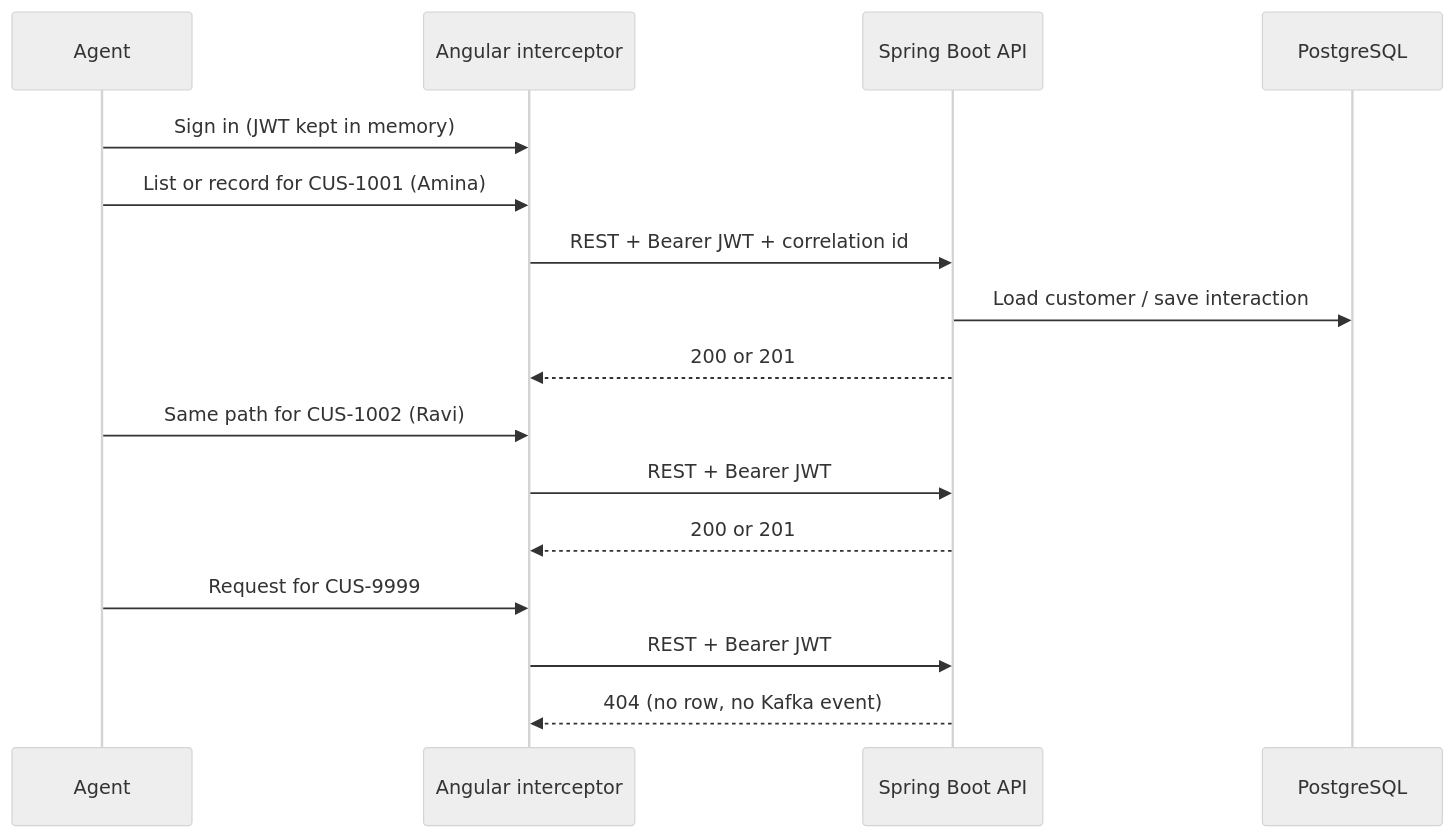
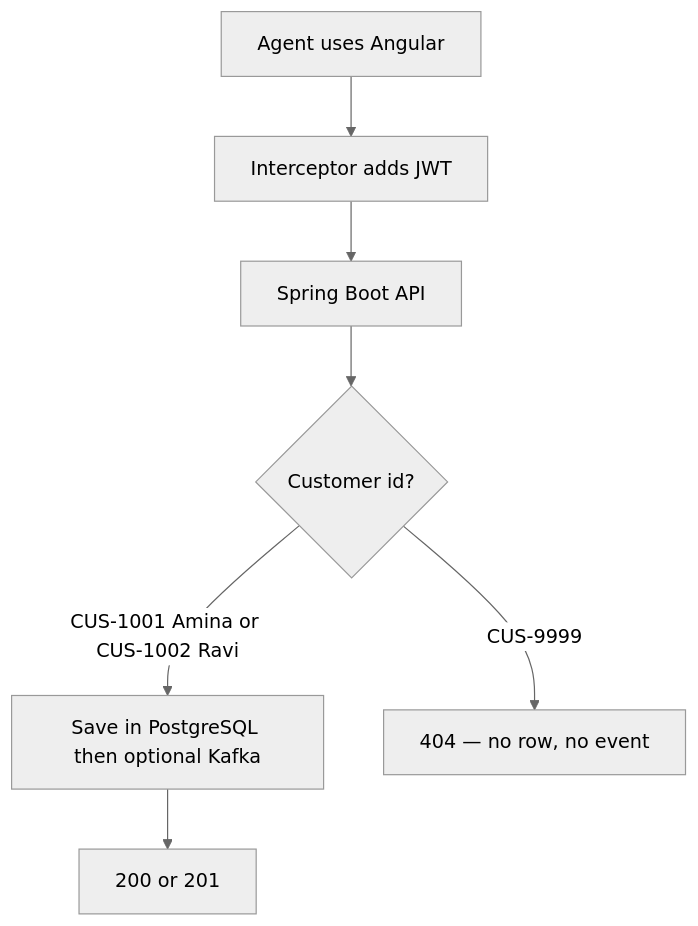
The second of 2 diagrams in docs/architecture.md (WillCraig/CapstoneProjectBoot), drawn with Mermaid (neutral theme) before and after one commit. The commit also changed other lines of this file, not shown here.

Commit message:
Simplify architecture Mermaid diagrams (#5)
Shorter app path and a single decision flowchart for JWT / CUS fixtures.

````diff
--- a/docs/architecture.md
+++ b/docs/architecture.md
@@ -48,19 +52,9 @@
 ```mermaid
-sequenceDiagram
-  participant Agent
-  participant UI as Angular interceptor
-  participant API as Spring Boot API
-  participant PG as PostgreSQL
-
-  Agent->>UI: Sign in (JWT kept in memory)
-  Agent->>UI: List or record for CUS-1001 (Amina)
-  UI->>API: REST + Bearer JWT + correlation id
-  API->>PG: Load customer / save interaction
-  API-->>UI: 200 or 201
-  Agent->>UI: Same path for CUS-1002 (Ravi)
-  UI->>API: REST + Bearer JWT
-  API-->>UI: 200 or 201
-  Agent->>UI: Request for CUS-9999
-  UI->>API: REST + Bearer JWT
-  API-->>UI: 404 (no row, no Kafka event)
+flowchart TD
+  A[Agent uses Angular] --> B[Interceptor adds JWT]
+  B --> C[Spring Boot API]
+  C --> D{Customer id?}
+  D -->|CUS-1001 Amina or CUS-1002 Ravi| E[Save in PostgreSQL then optional Kafka]
+  E --> F[200 or 201]
+  D -->|CUS-9999| G[404 — no row, no event]
 ```
````
